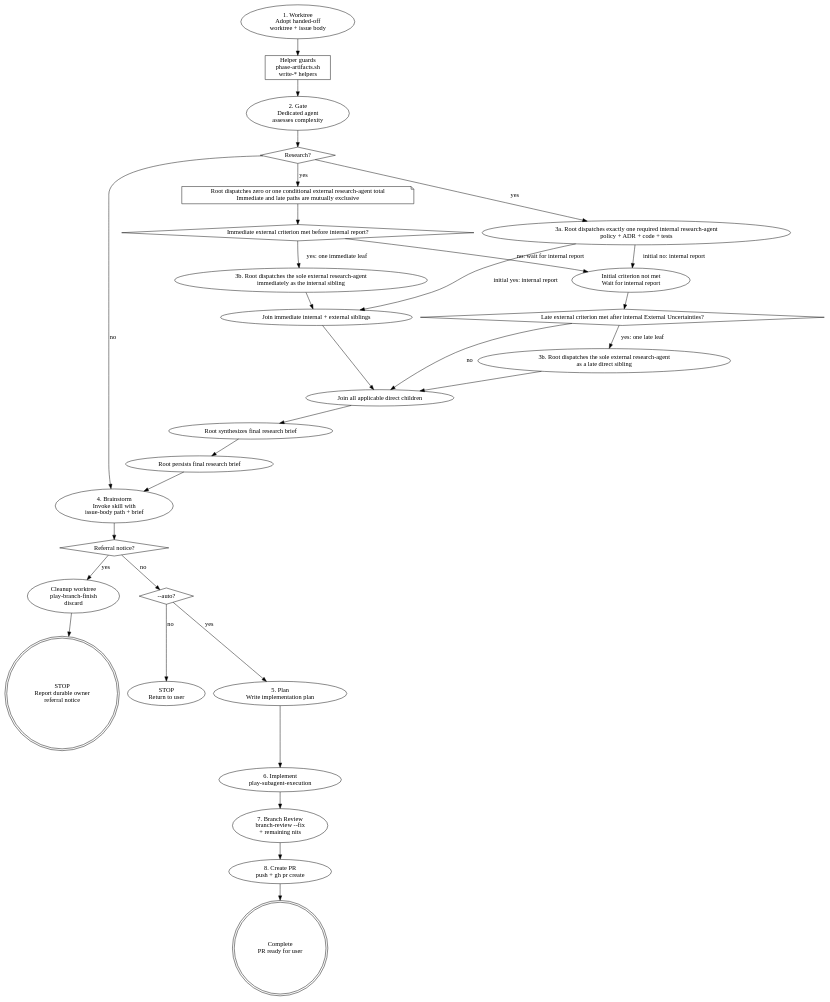
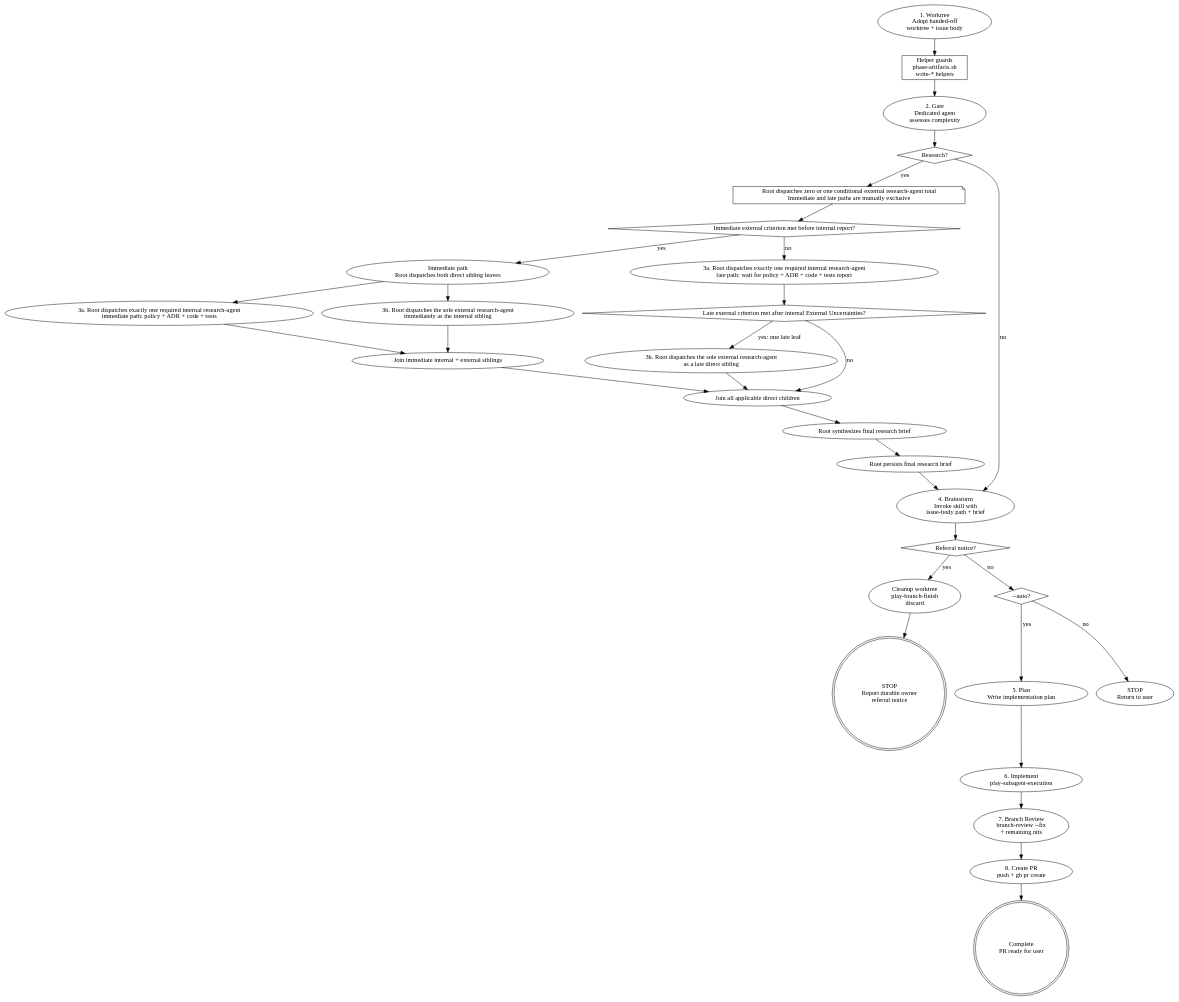
The diagram in skills/issue-priming-workflow/references/workflow-diagram.md (ryumiel/devcanon), drawn with Graphviz before and after one commit. The commit also changed 1 other file, not shown here.

Commit message:
fix(skill): separate research diagram branches

````diff
--- a/skills/issue-priming-workflow/references/workflow-diagram.md
+++ b/skills/issue-priming-workflow/references/workflow-diagram.md
@@ -6,56 +6,57 @@
 ```dot
 digraph priming {
   rankdir=TB;
   worktree [label="1. Worktree\nAdopt handed-off\nworktree + issue body"];
   helpers [label="Helper guards\nphase-artifacts.sh\nwrite-* helpers", shape=box];
   gate [label="2. Gate\nDedicated agent\nassesses complexity"];
   decide [label="Research?", shape=diamond];
-  internal_research [label="3a. Root dispatches exactly one required internal research-agent\npolicy + ADR + code + tests"];
   external_policy [label="Root dispatches zero or one conditional external research-agent total\nImmediate and late paths are mutually exclusive", shape=note];
   immediate_external_decide [label="Immediate external criterion met before internal report?", shape=diamond];
+  immediate_fork [label="Immediate path\nRoot dispatches both direct sibling leaves"];
+  immediate_internal_research [label="3a. Root dispatches exactly one required internal research-agent\nimmediate path: policy + ADR + code + tests"];
   immediate_external_research [label="3b. Root dispatches the sole external research-agent\nimmediately as the internal sibling"];
   immediate_join [label="Join immediate internal + external siblings"];
-  late_external_wait [label="Initial criterion not met\nWait for internal report"];
+  late_internal_research [label="3a. Root dispatches exactly one required internal research-agent\nlate path: wait for policy + ADR + code + tests report"];
   late_external_decide [label="Late external criterion met after internal External Uncertainties?", shape=diamond];
   late_external_research [label="3b. Root dispatches the sole external research-agent\nas a late direct sibling"];
   research_join [label="Join all applicable direct children"];
   research_synthesize [label="Root synthesizes final research brief"];
   research_persist [label="Root persists final research brief"];
   brainstorm [label="4. Brainstorm\nInvoke skill with\nissue-body path + brief"];
   referral_check [label="Referral notice?", shape=diamond];
   cleanup [label="Cleanup worktree\nplay-branch-finish\ndiscard"];
   referral [label="STOP\nReport durable owner\nreferral notice", shape=doublecircle];
   auto_check [label="--auto?", shape=diamond];
   plan [label="5. Plan\nWrite implementation plan"];
   implement [label="6. Implement\nplay-subagent-execution"];
   stop_interactive [label="STOP\nReturn to user"];
 
   worktree -> helpers -> gate -> decide;
-  decide -> internal_research [label="yes"];
   decide -> external_policy [label="yes"];
   decide -> brainstorm [label="no"];
   external_policy -> immediate_external_decide;
-  immediate_external_decide -> immediate_external_research [label="yes: one immediate leaf"];
-  immediate_external_decide -> late_external_wait [label="no: wait for internal report"];
-  internal_research -> immediate_join [label="initial yes: internal report"];
+  immediate_external_decide -> immediate_fork [label="yes"];
+  immediate_external_decide -> late_internal_research [label="no"];
+  immediate_fork -> immediate_internal_research;
+  immediate_fork -> immediate_external_research;
+  immediate_internal_research -> immediate_join;
   immediate_external_research -> immediate_join;
   immediate_join -> research_join;
-  internal_research -> late_external_wait [label="initial no: internal report"];
-  late_external_wait -> late_external_decide;
+  late_internal_research -> late_external_decide;
   late_external_decide -> late_external_research [label="yes: one late leaf"];
   late_external_decide -> research_join [label="no"];
   late_external_research -> research_join;
   research_join -> research_synthesize -> research_persist;
   research_persist -> brainstorm;
   brainstorm -> referral_check;
   referral_check -> cleanup [label="yes"];
   cleanup -> referral;
   referral_check -> auto_check [label="no"];
   auto_check -> plan [label="yes"];
   auto_check -> stop_interactive [label="no"];
   plan -> implement -> review -> create_pr -> done;
   review [label="7. Branch Review\nbranch-review --fix\n+ remaining nits"];
   create_pr [label="8. Create PR\npush + gh pr create"];
   done [label="Complete\nPR ready for user", shape=doublecircle];
 }
 ```
````
